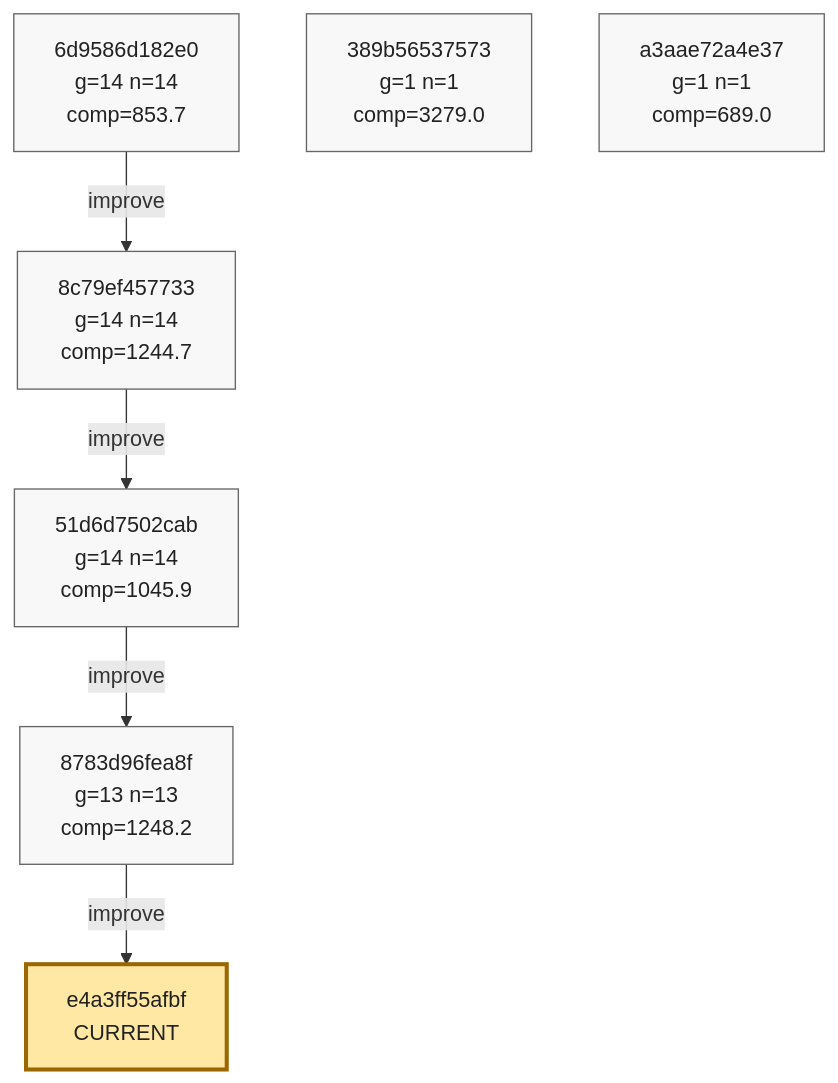
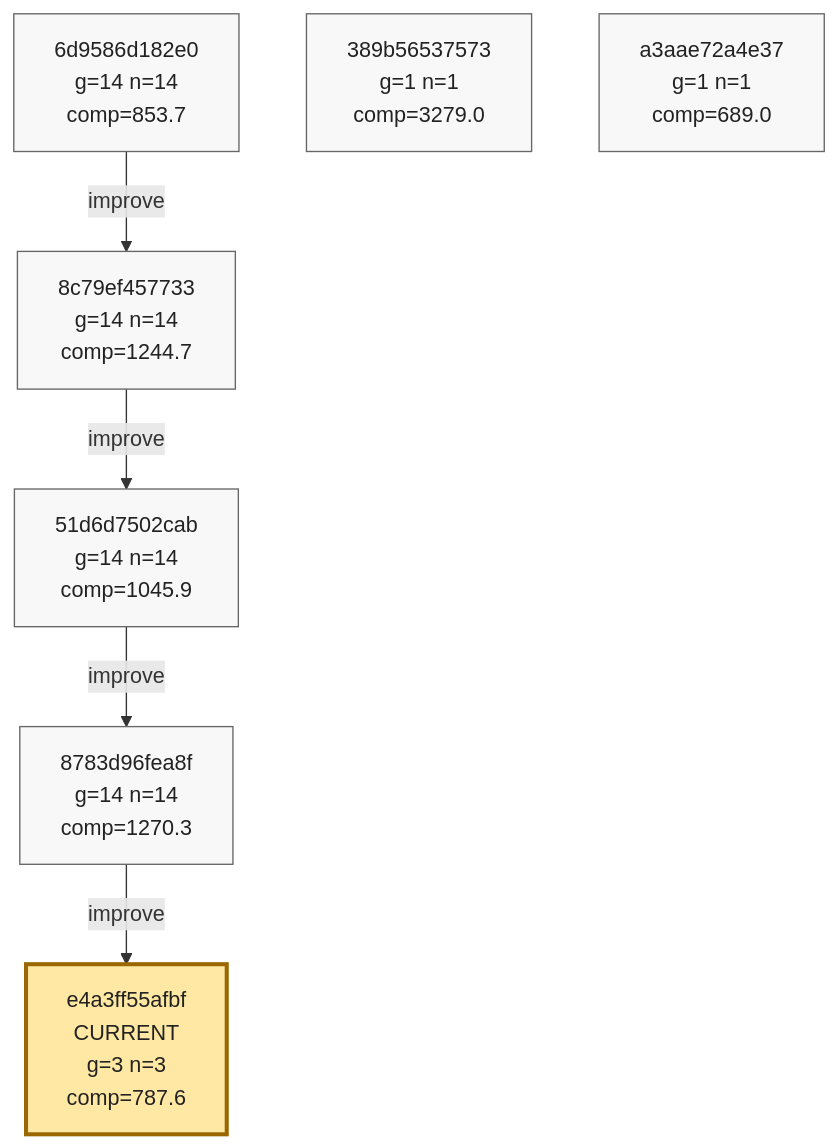
Before and after one commit to azumag/soviet_now: the eighth of 8 diagrams in phyrogenetic-tree.md, drawn with Mermaid. The commit also changed other lines of this file, not shown here.

````diff
--- a/phyrogenetic-tree.md
+++ b/phyrogenetic-tree.md
@@ -1942,28 +1942,28 @@
 ```mermaid
 flowchart TD
     h_6d9586d182e0["6d9586d182e0<br/>g=14 n=14<br/>comp=853.7"]
     h_8c79ef457733["8c79ef457733<br/>g=14 n=14<br/>comp=1244.7"]
     h_51d6d7502cab["51d6d7502cab<br/>g=14 n=14<br/>comp=1045.9"]
-    h_8783d96fea8f["8783d96fea8f<br/>g=13 n=13<br/>comp=1248.2"]
+    h_8783d96fea8f["8783d96fea8f<br/>g=14 n=14<br/>comp=1270.3"]
+    h_e4a3ff55afbf["e4a3ff55afbf<br/>CURRENT<br/>g=3 n=3<br/>comp=787.6"]
     h_389b56537573["389b56537573<br/>g=1 n=1<br/>comp=3279.0"]
     h_a3aae72a4e37["a3aae72a4e37<br/>g=1 n=1<br/>comp=689.0"]
-    h_e4a3ff55afbf["e4a3ff55afbf<br/>CURRENT"]
 
     h_6d9586d182e0 -->|improve| h_8c79ef457733
     h_8c79ef457733 -->|improve| h_51d6d7502cab
     h_51d6d7502cab -->|improve| h_8783d96fea8f
     h_8783d96fea8f -->|improve| h_e4a3ff55afbf
 
     classDef plain fill:#f8f8f8,stroke:#666,stroke-width:1px,color:#222;
     classDef current fill:#ffe8a3,stroke:#9a6700,stroke-width:3px,color:#222;
     classDef anchor fill:#d7f5dd,stroke:#1f6f43,stroke-width:3px,color:#222;
     classDef current_anchor fill:#f3e4a8,stroke:#1f6f43,stroke-width:4px,color:#222;
 
     class h_6d9586d182e0 plain;
     class h_8c79ef457733 plain;
     class h_51d6d7502cab plain;
     class h_8783d96fea8f plain;
+    class h_e4a3ff55afbf current;
     class h_389b56537573 plain;
     class h_a3aae72a4e37 plain;
-    class h_e4a3ff55afbf current;
 ```
````
